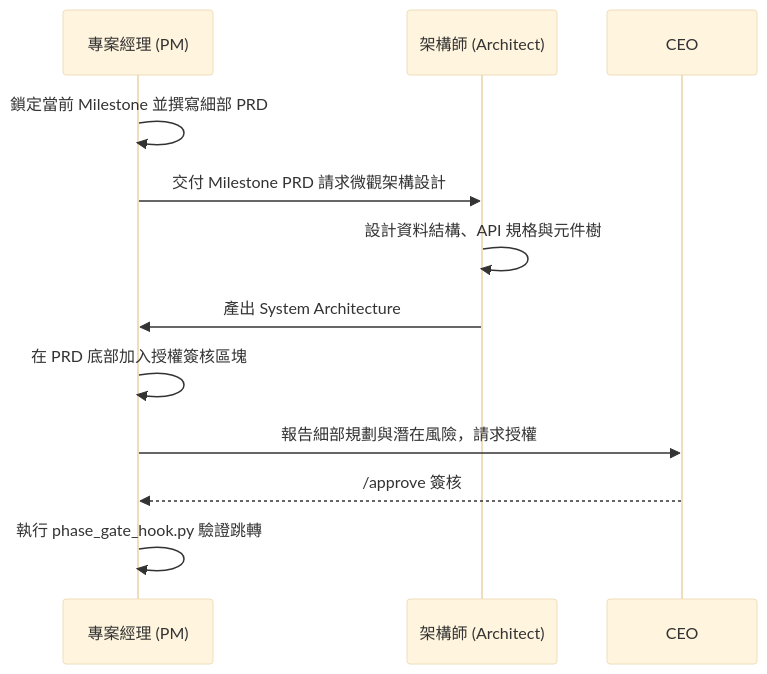
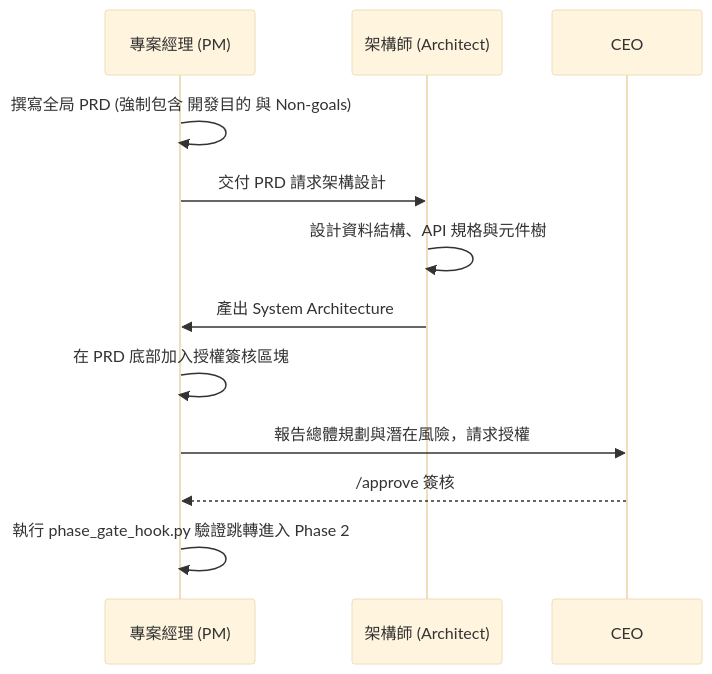
Before and after one commit to vip3310495-Johnny/Johnny-project-team-plugin: the third of 8 diagrams in README.md, drawn with Mermaid (base theme). The commit also changed other lines of this file and 80 other files, not shown here.

Commit message:
release: v2.0.0 architecture upgrade with native hooks, vertical slicing & 3-way spec injection

````diff
--- a/README.md
+++ b/README.md
@@ -126,15 +127,15 @@
 ```mermaid
 sequenceDiagram
     participant PM as 專案經理 (PM)
     participant Arch as 架構師 (Architect)
     participant CEO
     
-    PM->>PM: 鎖定當前 Milestone 並撰寫細部 PRD
-    PM->>Arch: 交付 Milestone PRD 請求微觀架構設計
+    PM->>PM: 撰寫全局 PRD (強制包含 開發目的 與 Non-goals)
+    PM->>Arch: 交付 PRD 請求架構設計
     Arch->>Arch: 設計資料結構、API 規格與元件樹
     Arch->>PM: 產出 System Architecture
     PM->>PM: 在 PRD 底部加入授權簽核區塊
-    PM->>CEO: 報告細部規劃與潛在風險，請求授權
+    PM->>CEO: 報告總體規劃與潛在風險，請求授權
     CEO-->>PM: /approve 簽核
-    PM->>PM: 執行 phase_gate_hook.py 驗證跳轉
+    PM->>PM: 執行 phase_gate_hook.py 驗證跳轉進入 Phase 2
 ```
````
